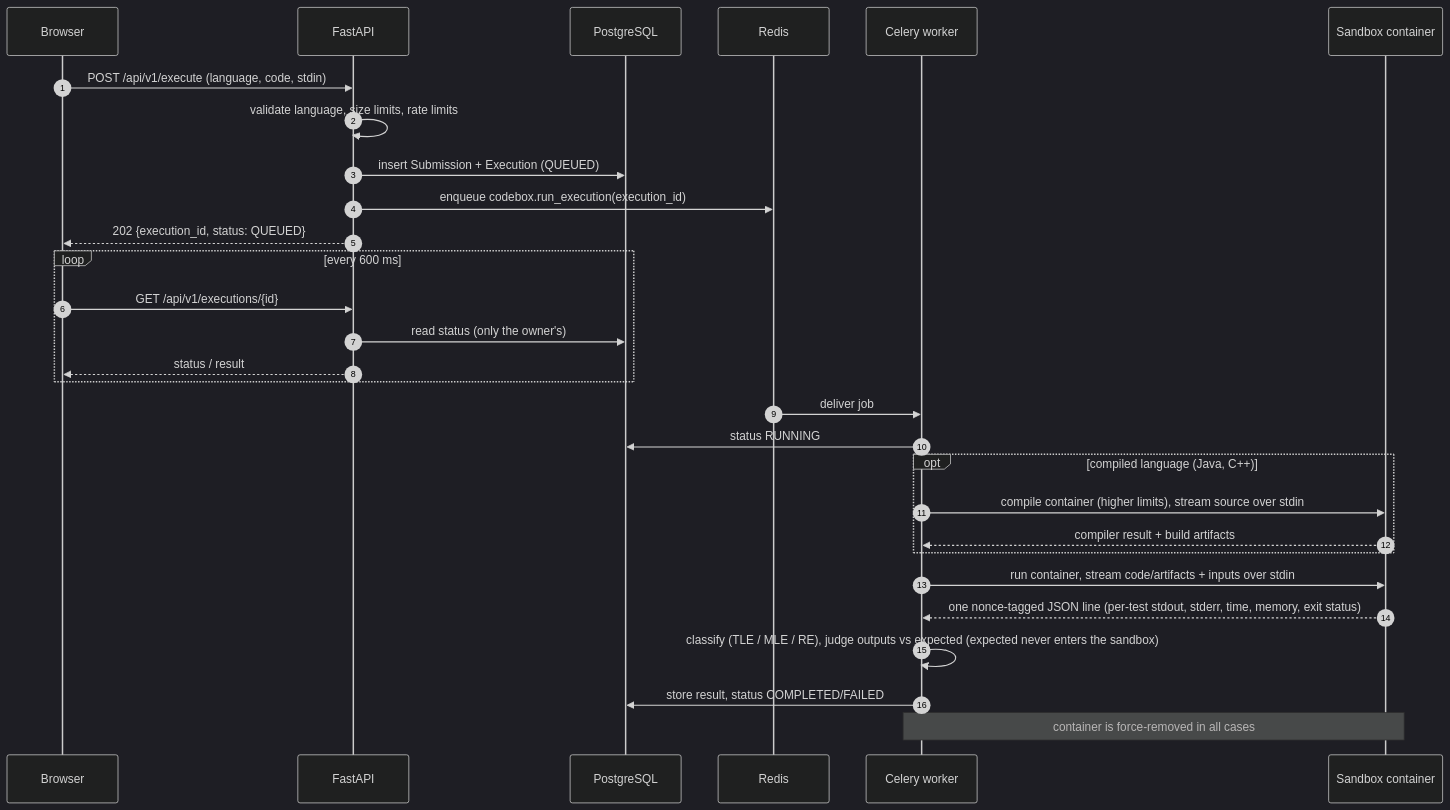
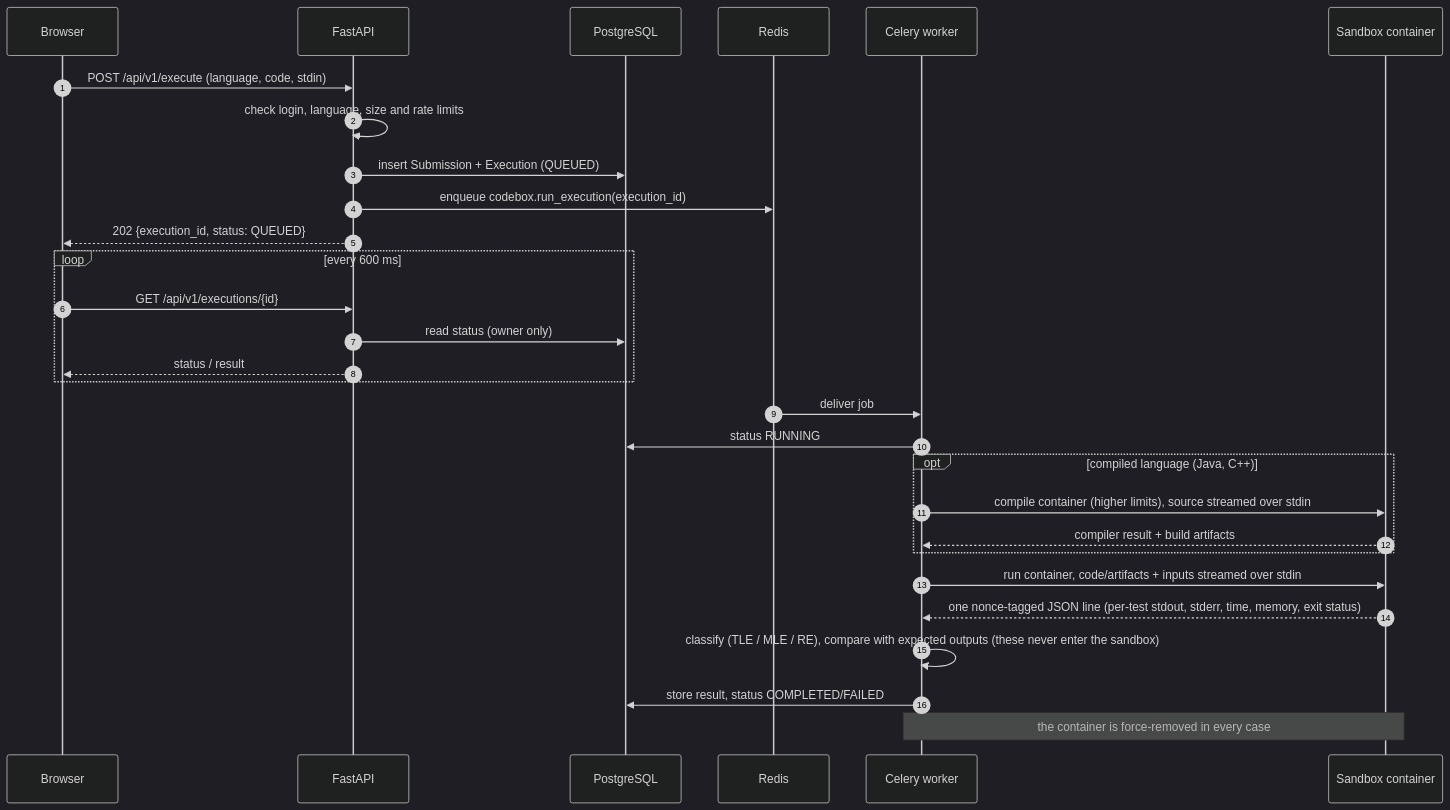
The second of 2 diagrams in README.md (Keerthi316/codebox), drawn with Mermaid (dark theme) before and after one commit. The commit also changed other lines of this file, not shown here.

````diff
--- a/README.md
+++ b/README.md
@@ -88,32 +191,32 @@
 ```mermaid
 sequenceDiagram
     autonumber
     participant U as Browser
     participant A as FastAPI
     participant D as PostgreSQL
     participant R as Redis
     participant W as Celery worker
     participant S as Sandbox container
 
     U->>A: POST /api/v1/execute (language, code, stdin)
-    A->>A: validate language, size limits, rate limits
+    A->>A: check login, language, size and rate limits
     A->>D: insert Submission + Execution (QUEUED)
     A->>R: enqueue codebox.run_execution(execution_id)
     A-->>U: 202 {execution_id, status: QUEUED}
     loop every 600 ms
         U->>A: GET /api/v1/executions/{id}
-        A->>D: read status (only the owner's)
+        A->>D: read status (owner only)
         A-->>U: status / result
     end
     R->>W: deliver job
     W->>D: status RUNNING
     opt compiled language (Java, C++)
-        W->>S: compile container (higher limits), stream source over stdin
+        W->>S: compile container (higher limits), source streamed over stdin
         S-->>W: compiler result + build artifacts
     end
-    W->>S: run container, stream code/artifacts + inputs over stdin
+    W->>S: run container, code/artifacts + inputs streamed over stdin
     S-->>W: one nonce-tagged JSON line (per-test stdout, stderr, time, memory, exit status)
-    W->>W: classify (TLE / MLE / RE), judge outputs vs expected (expected never enters the sandbox)
+    W->>W: classify (TLE / MLE / RE), compare with expected outputs (these never enter the sandbox)
     W->>D: store result, status COMPLETED/FAILED
-    Note over W,S: container is force-removed in all cases
+    Note over W,S: the container is force-removed in every case
 ```
````
